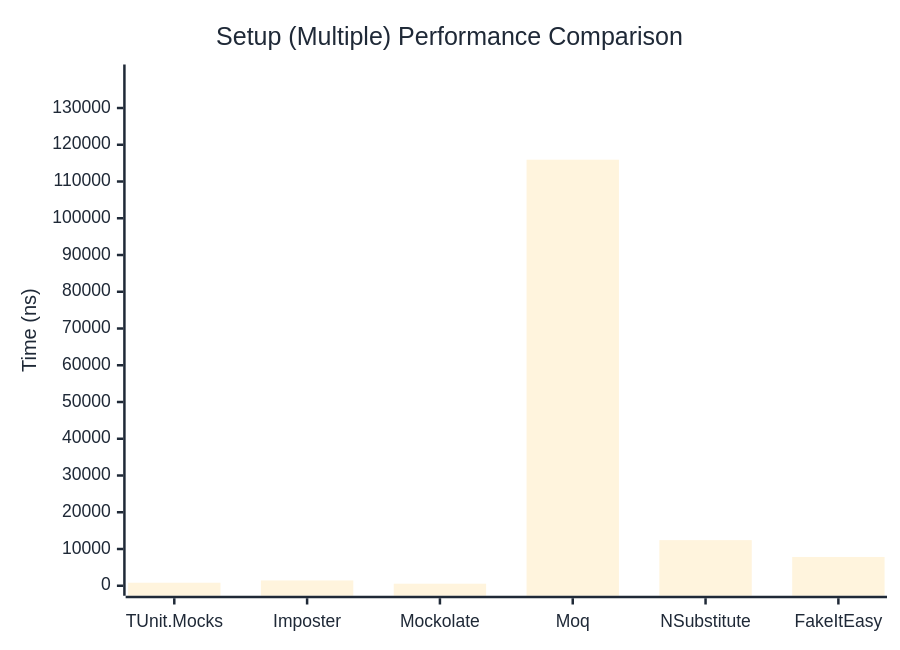
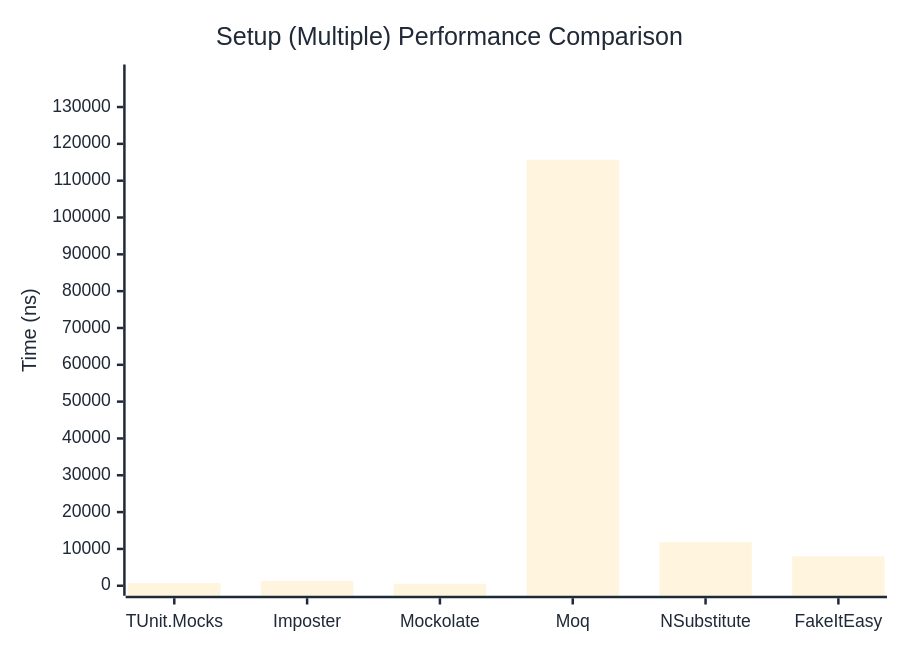
The second of 2 diagrams in docs/docs/benchmarks/mocks/Setup.md (thomhurst/TUnit), drawn with Mermaid before and after one commit. The commit also changed other lines of this file and 14 other files, not shown here.

````diff
--- a/docs/docs/benchmarks/mocks/Setup.md
+++ b/docs/docs/benchmarks/mocks/Setup.md
@@ -71,27 +71,27 @@
 ```mermaid
 %%{init: {
   'theme':'base',
   'themeVariables': {
     'primaryColor': '#2563eb',
     'primaryTextColor': '#1f2937',
     'primaryBorderColor': '#1e40af',
     'lineColor': '#6b7280',
     'secondaryColor': '#7c3aed',
     'tertiaryColor': '#dc2626',
     'background': '#ffffff',
     'pie1': '#2563eb',
     'pie2': '#7c3aed',
     'pie3': '#dc2626',
     'pie4': '#f59e0b',
     'pie5': '#10b981',
     'pie6': '#06b6d4',
     'pie7': '#ec4899',
     'pie8': '#6366f1'
   }
 }}%%
 xychart-beta
   title "Setup (Multiple) Performance Comparison"
   x-axis ["TUnit.Mocks", "Imposter", "Mockolate", "Moq", "NSubstitute", "FakeItEasy"]
-  y-axis "Time (ns)" 0 --> 139120
-  bar [822.6, 1443.6, 556.5, 115933.1, 12410.2, 7837.5]
+  y-axis "Time (ns)" 0 --> 138836
+  bar [732.3, 1328.5, 535.3, 115696.4, 11817.5, 7987.4]
 ```
````
